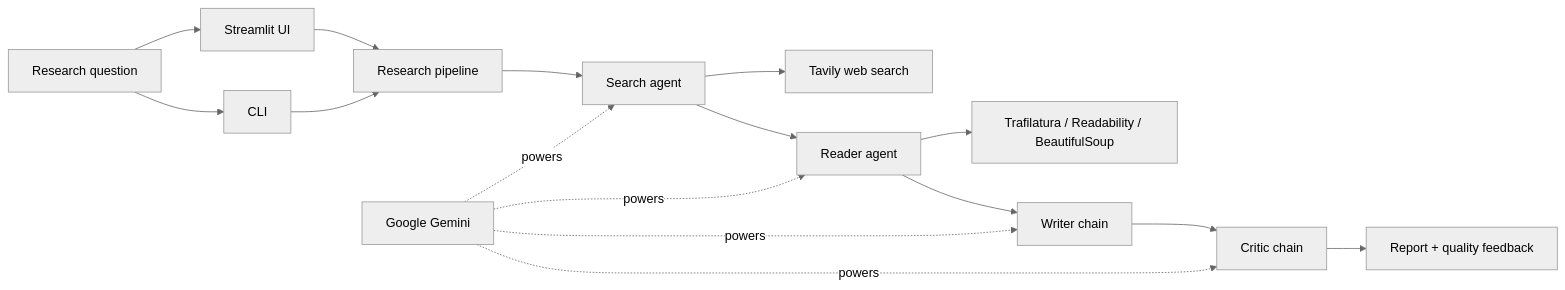
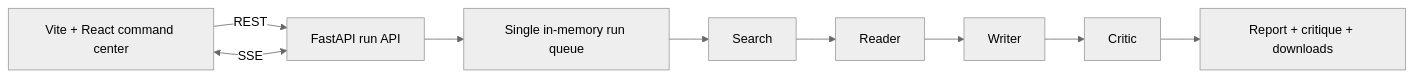
The diagram in README.md (Axeloooo/Multi-Agent-Research-Assistant), drawn with Mermaid (neutral theme) before and after one commit. The commit also changed other lines of this file and 64 other files, not shown here.

First line of the commit message:
feat: deliver a reliable streaming research command center (#4)

````diff
--- a/README.md
+++ b/README.md
@@ -62,18 +31,11 @@
 ```mermaid
 flowchart LR
-    Question[Research question] --> WebUI[Streamlit UI]
-    Question --> CLI[CLI]
-    WebUI --> Pipeline[Research pipeline]
-    CLI --> Pipeline
-    Pipeline --> Search[Search agent]
-    Search --> Tavily[Tavily web search]
-    Search --> Reader[Reader agent]
-    Reader --> Extractors[Trafilatura / Readability / BeautifulSoup]
-    Reader --> Writer[Writer chain]
-    Writer --> Critic[Critic chain]
-    Critic --> Output[Report + quality feedback]
-    Gemini[Google Gemini] -. powers .-> Search
-    Gemini -. powers .-> Reader
-    Gemini -. powers .-> Writer
-    Gemini -. powers .-> Critic
+    UI[Vite + React command center] -->|REST| API[FastAPI run API]
+    UI <-->|SSE| API
+    API --> Queue[Single in-memory run queue]
+    Queue --> Search[Search]
+    Search --> Reader[Reader]
+    Reader --> Writer[Writer]
+    Writer --> Critic[Critic]
+    Critic --> Output[Report + critique + downloads]
 ```
````
